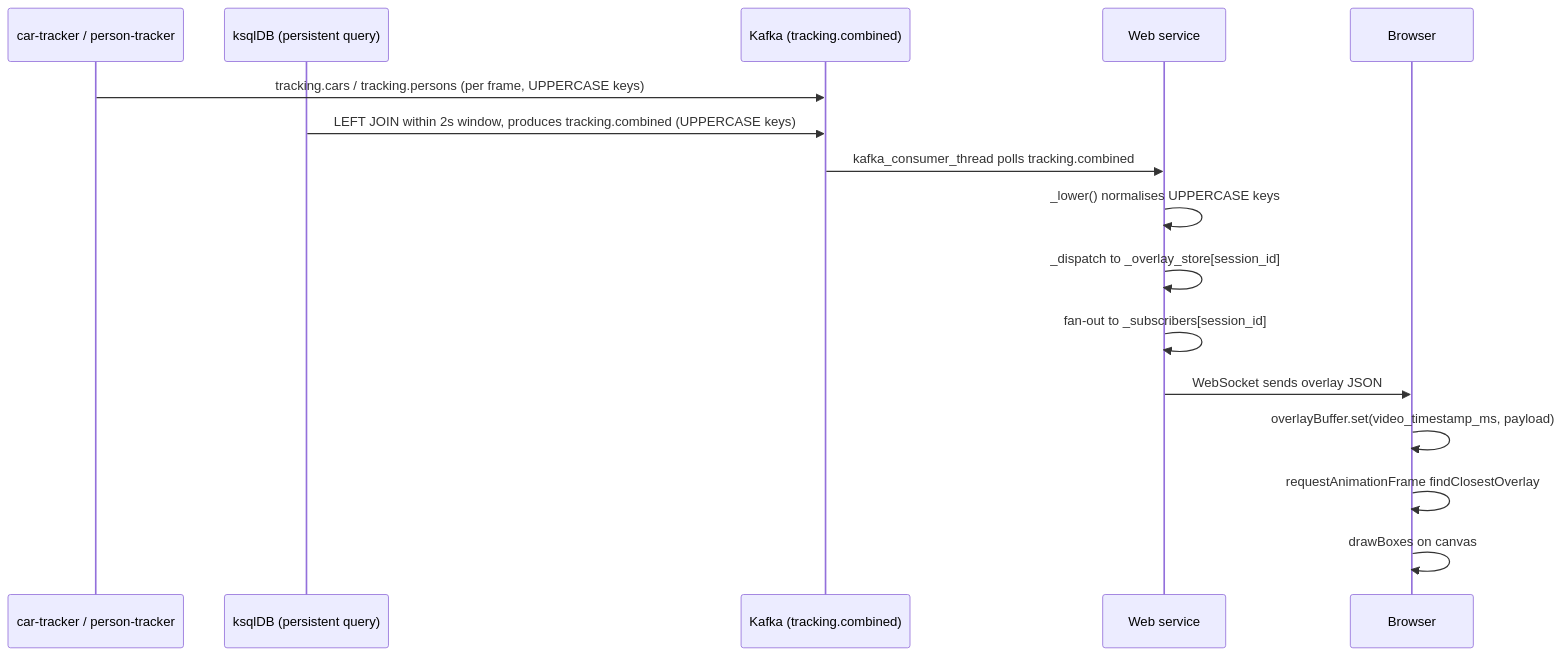
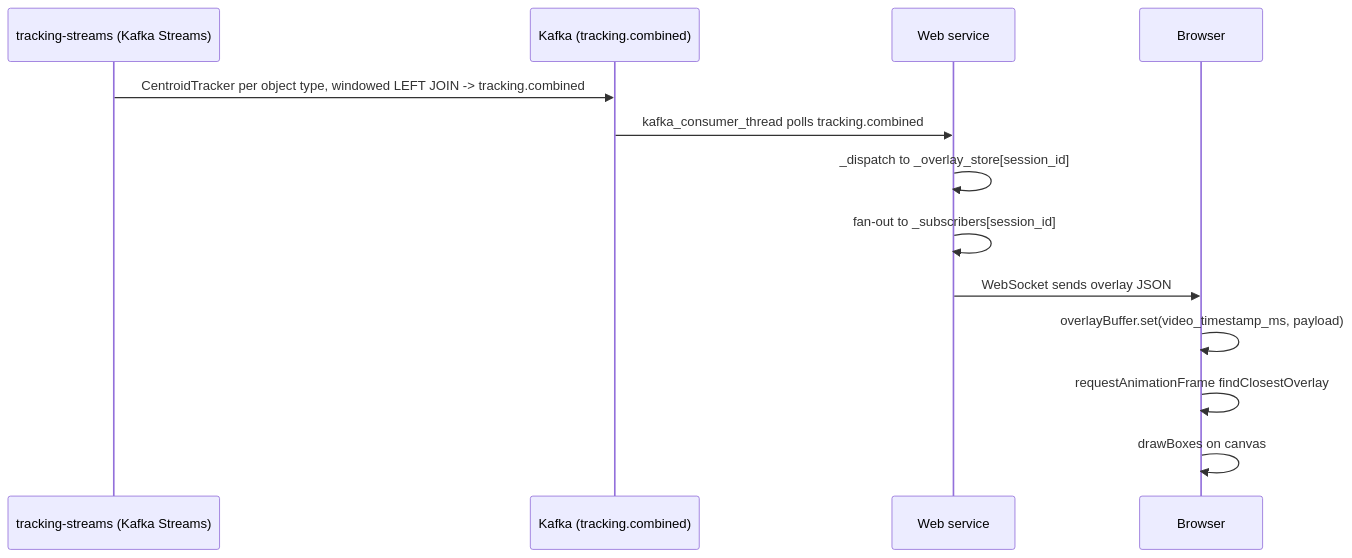
One commit to VKravchenk0/ucu-de-kafka-streaming-hw changed the second of 3 diagrams in capstone/README.md. Above: the diagram before and after it, drawn with Mermaid. The commit also changed other lines of this file and 11 other files, not shown here.

````diff
--- a/capstone/README.md
+++ b/capstone/README.md
@@ -89,19 +77,16 @@
 ```mermaid
 sequenceDiagram
-    participant CT as car-tracker / person-tracker
-    participant KS as ksqlDB (persistent query)
+    participant TS as tracking-streams (Kafka Streams)
     participant K as Kafka (tracking.combined)
     participant W as Web service
     participant B as Browser
 
-    CT->>K: tracking.cars / tracking.persons (per frame, UPPERCASE keys)
-    KS->>K: LEFT JOIN within 2s window, produces tracking.combined (UPPERCASE keys)
+    TS->>K: CentroidTracker per object type, windowed LEFT JOIN -> tracking.combined
     K->>W: kafka_consumer_thread polls tracking.combined
-    W->>W: _lower() normalises UPPERCASE keys
     W->>W: _dispatch to _overlay_store[session_id]
     W->>W: fan-out to _subscribers[session_id]
     W->>B: WebSocket sends overlay JSON
     B->>B: overlayBuffer.set(video_timestamp_ms, payload)
     B->>B: requestAnimationFrame findClosestOverlay
     B->>B: drawBoxes on canvas
 ```
````
